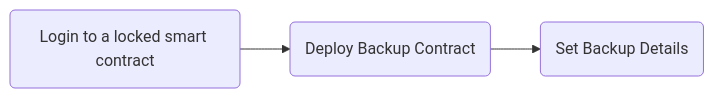
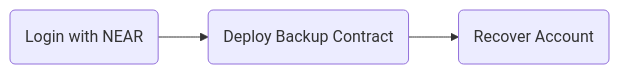
Before and after one commit to azmasamy/save-station: the first of 2 diagrams in README.md, drawn with Mermaid.

````diff
--- a/README.md
+++ b/README.md
@@ -8,4 +8,4 @@
 ```mermaid
 graph LR
-A(Login to a locked smart contract) --> B(Deploy Backup Contract) --> C(Set Backup Details)
+A(Login with NEAR) --> B(Deploy Backup Contract) --> C(Recover Account)
 ```
````
